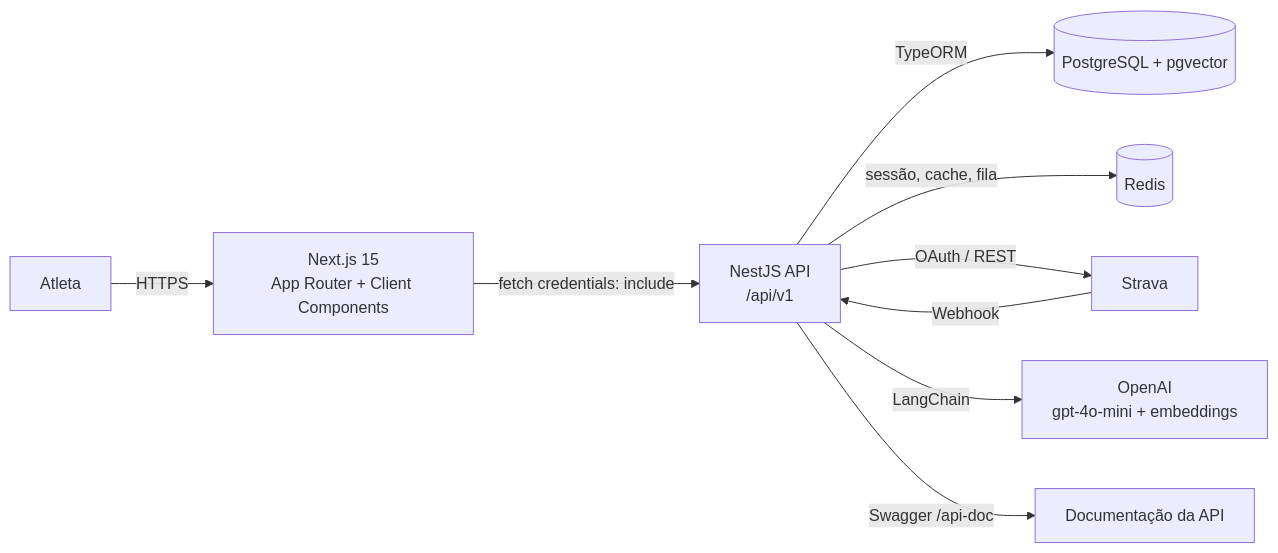
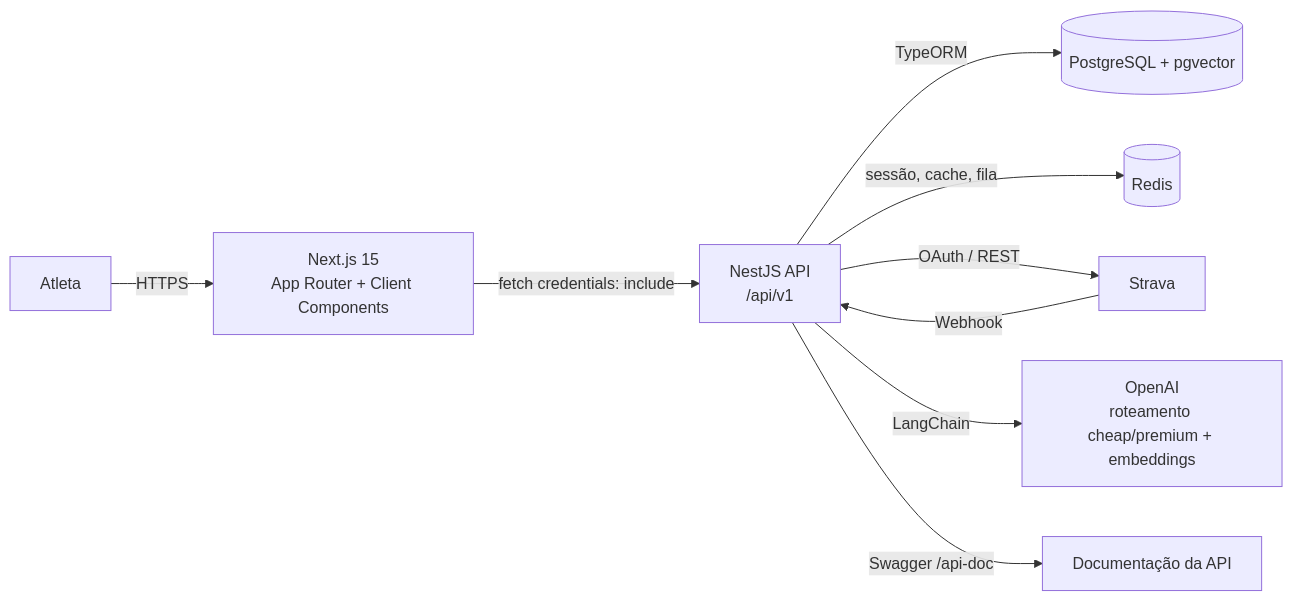
The first of 2 diagrams in docs/hld.md (Gianneves/veltra-frontend), drawn with Mermaid before and after one commit. The commit also changed other lines of this file and 1 other file, not shown here.

````diff
--- a/docs/hld.md
+++ b/docs/hld.md
@@ -66,11 +66,11 @@
 ```mermaid
 flowchart LR
   A[Atleta] -->|HTTPS| F[Next.js 15<br/>App Router + Client Components]
   F -->|fetch credentials: include| B[NestJS API<br/>/api/v1]
   B -->|TypeORM| P[(PostgreSQL + pgvector)]
   B -->|sessão, cache, fila| R[(Redis)]
   B -->|OAuth / REST| S[Strava]
   S -->|Webhook| B
-  B -->|LangChain| O[OpenAI<br/>gpt-4o-mini + embeddings]
+  B -->|LangChain| O[OpenAI<br/>roteamento cheap/premium + embeddings]
   B -->|Swagger /api-doc| D[Documentação da API]
 ```
````
